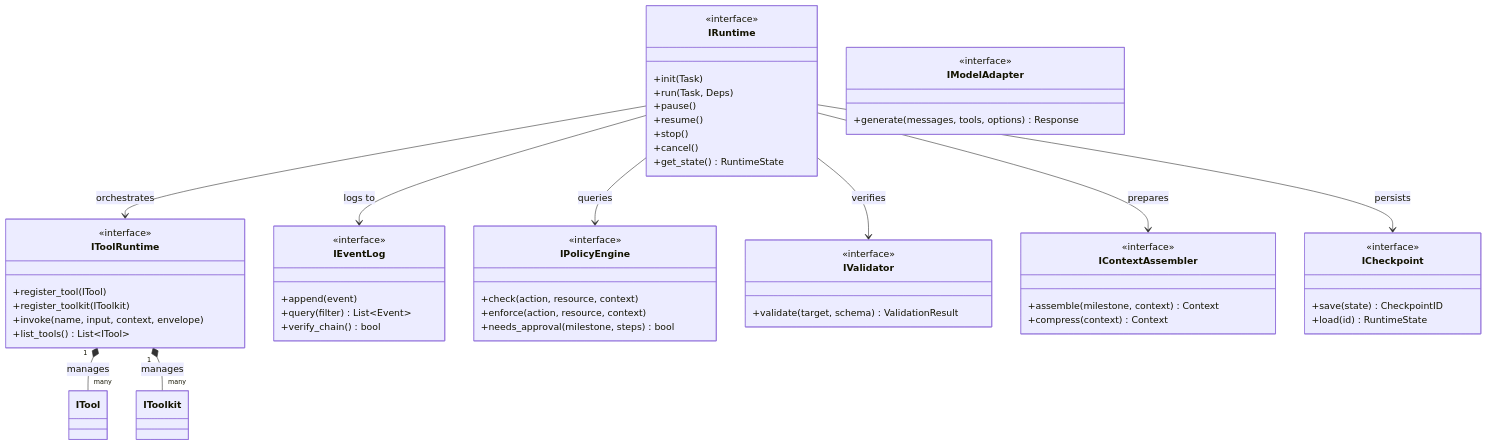
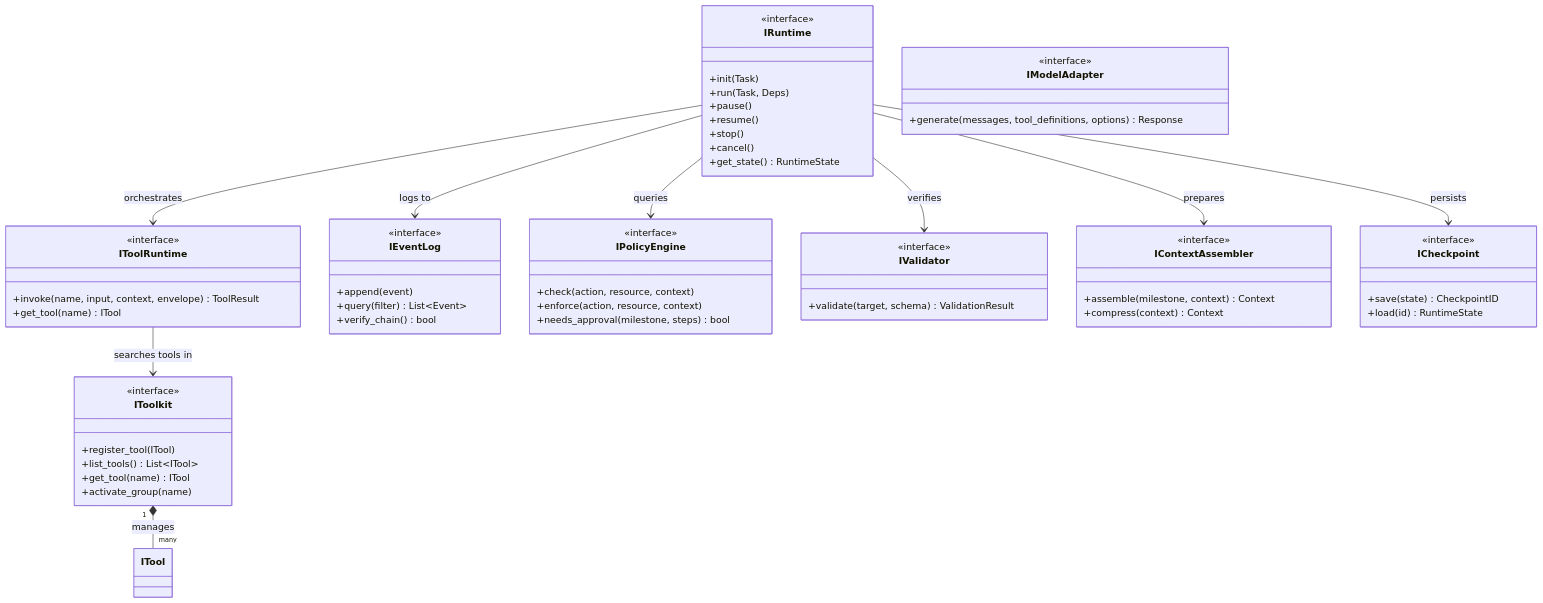
One commit to clowder-labs/Deterministic-Agent-Runtime-Engine changed the first of 3 diagrams in doc/design/Architecture_Final_Review_v1.1.md. Above: the diagram before and after it, drawn with Mermaid. The commit also changed other lines of this file, not shown here.

Commit message:
docs: refine tool execution architecture and update state machine pseudo-code

````diff
--- a/doc/design/Architecture_Final_Review_v1.1.md
+++ b/doc/design/Architecture_Final_Review_v1.1.md
@@ -69,59 +69,64 @@
 ```mermaid
 classDiagram
     class IRuntime {
         <<interface>>
         +init(Task)
         +run(Task, Deps)
         +pause()
         +resume()
         +stop()
         +cancel()
         +get_state() RuntimeState
     }
     class IToolRuntime {
         <<interface>>
+        +invoke(name, input, context, envelope) ToolResult
+        +get_tool(name) ITool
+    }
+    class IToolkit {
+        <<interface>>
         +register_tool(ITool)
-        +register_toolkit(IToolkit)
-        +invoke(name, input, context, envelope)
         +list_tools() List~ITool~
+        +get_tool(name) ITool
+        +activate_group(name)
     }
     class IEventLog {
         <<interface>>
         +append(event)
         +query(filter) List~Event~
         +verify_chain() bool
     }
     class IPolicyEngine {
         <<interface>>
         +check(action, resource, context)
         +enforce(action, resource, context)
         +needs_approval(milestone, steps) bool
     }
     class IValidator {
         <<interface>>
         +validate(target, schema) ValidationResult
     }
     class IContextAssembler {
         <<interface>>
         +assemble(milestone, context) Context
         +compress(context) Context
     }
     class IModelAdapter {
         <<interface>>
-        +generate(messages, tools, options) Response
+        +generate(messages, tool_definitions, options) Response
     }
     class ICheckpoint {
         <<interface>>
         +save(state) CheckpointID
         +load(id) RuntimeState
     }
 
     IRuntime --> IToolRuntime : orchestrates
     IRuntime --> IEventLog : logs to
     IRuntime --> IPolicyEngine : queries
     IRuntime --> IValidator : verifies
     IRuntime --> IContextAssembler : prepares
     IRuntime --> ICheckpoint : persists
-    IToolRuntime "1" *-- "many" ITool : manages
-    IToolRuntime "1" *-- "many" IToolkit : manages
+    IToolRuntime --> IToolkit : searches tools in
+    IToolkit "1" *-- "many" ITool : manages
 ```
````
